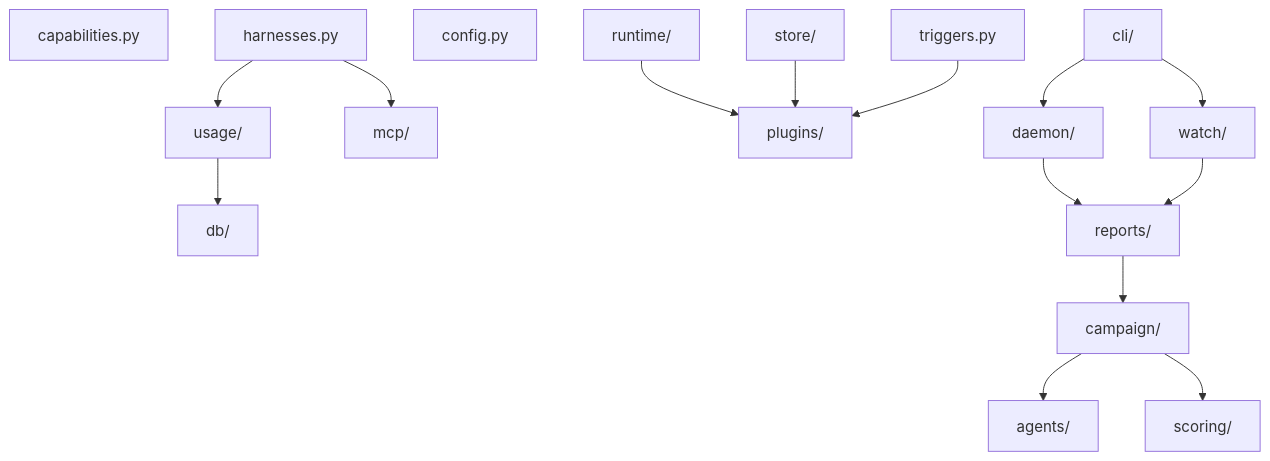
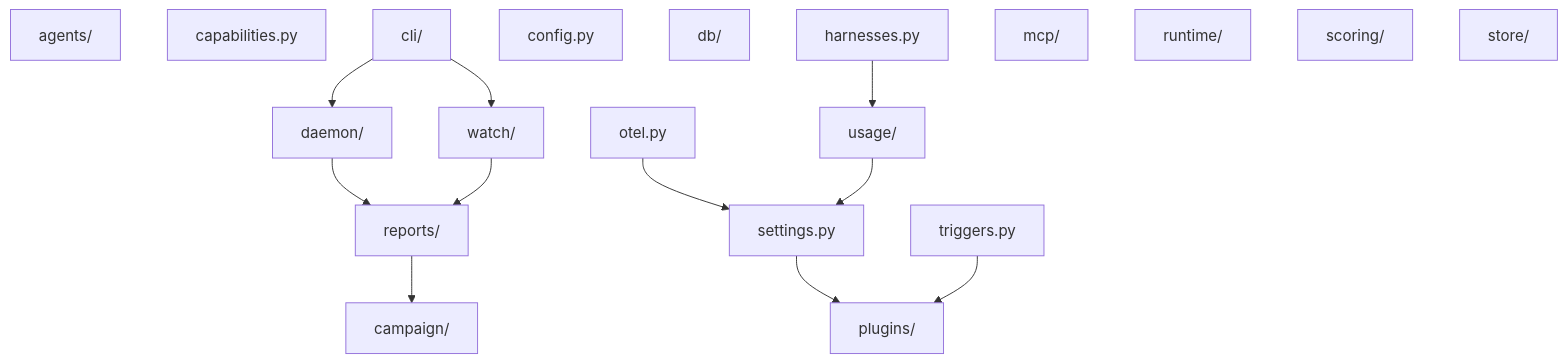
Before and after one commit to VatsaDev/piloop: the diagram in docs/snippets/generated/imports.mdx, drawn with Mermaid. The commit also changed other lines of this file and 91 other files, not shown here.

````diff
--- a/docs/snippets/generated/imports.mdx
+++ b/docs/snippets/generated/imports.mdx
@@ -3,33 +3,32 @@
 ```mermaid
 flowchart TB
     agents["agents/"]
     campaign["campaign/"]
     capabilities["capabilities.py"]
     cli["cli/"]
     config["config.py"]
     daemon["daemon/"]
     db["db/"]
     harnesses["harnesses.py"]
     mcp["mcp/"]
+    otel["otel.py"]
     plugins["plugins/"]
     reports["reports/"]
     runtime["runtime/"]
     scoring["scoring/"]
+    settings["settings.py"]
     store["store/"]
     triggers["triggers.py"]
     usage["usage/"]
     watch["watch/"]
-    campaign --> agents
-    campaign --> scoring
     cli --> daemon
     cli --> watch
     daemon --> reports
-    harnesses --> mcp
     harnesses --> usage
+    otel --> settings
     reports --> campaign
-    runtime --> plugins
-    store --> plugins
+    settings --> plugins
     triggers --> plugins
-    usage --> db
+    usage --> settings
     watch --> reports
 ```
````
